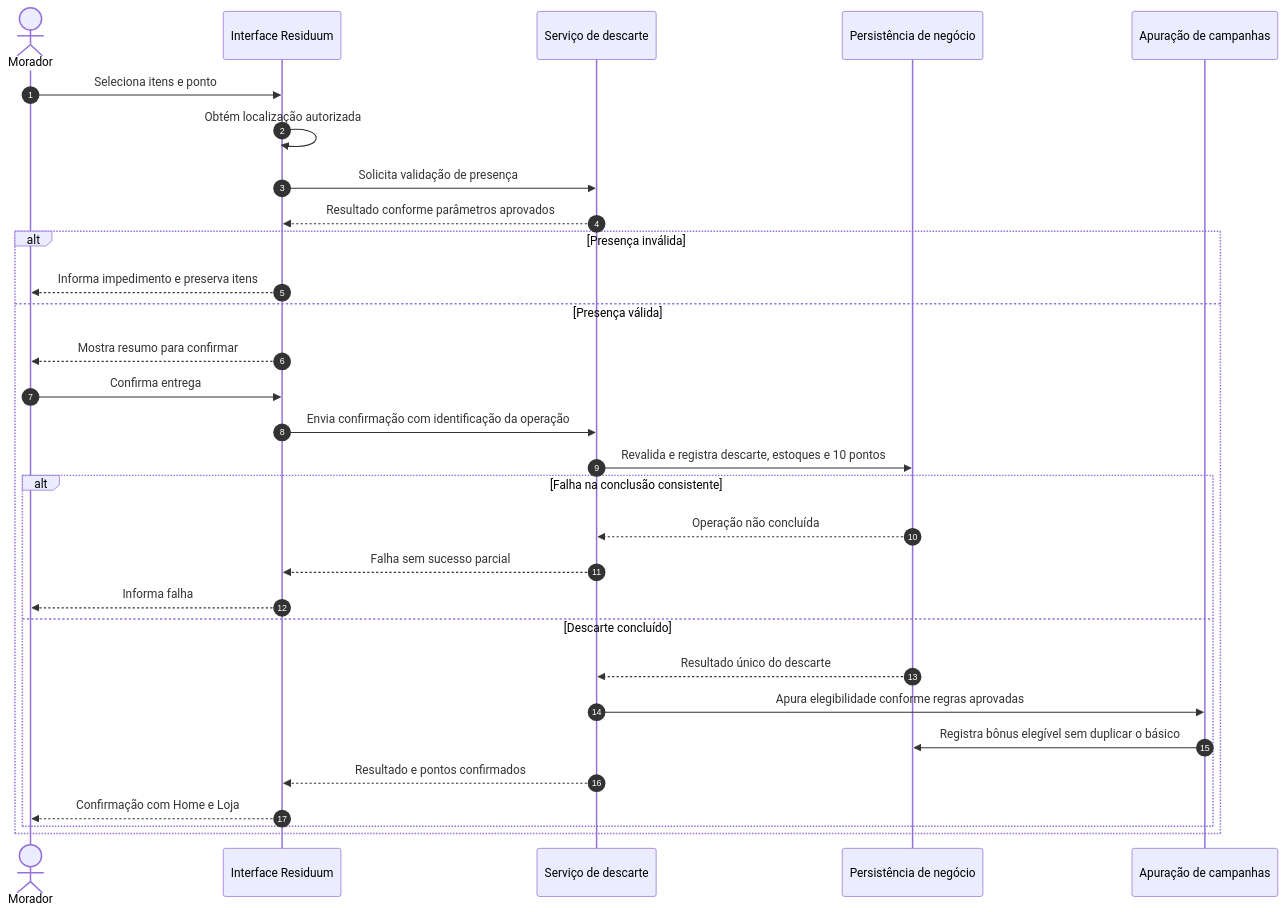
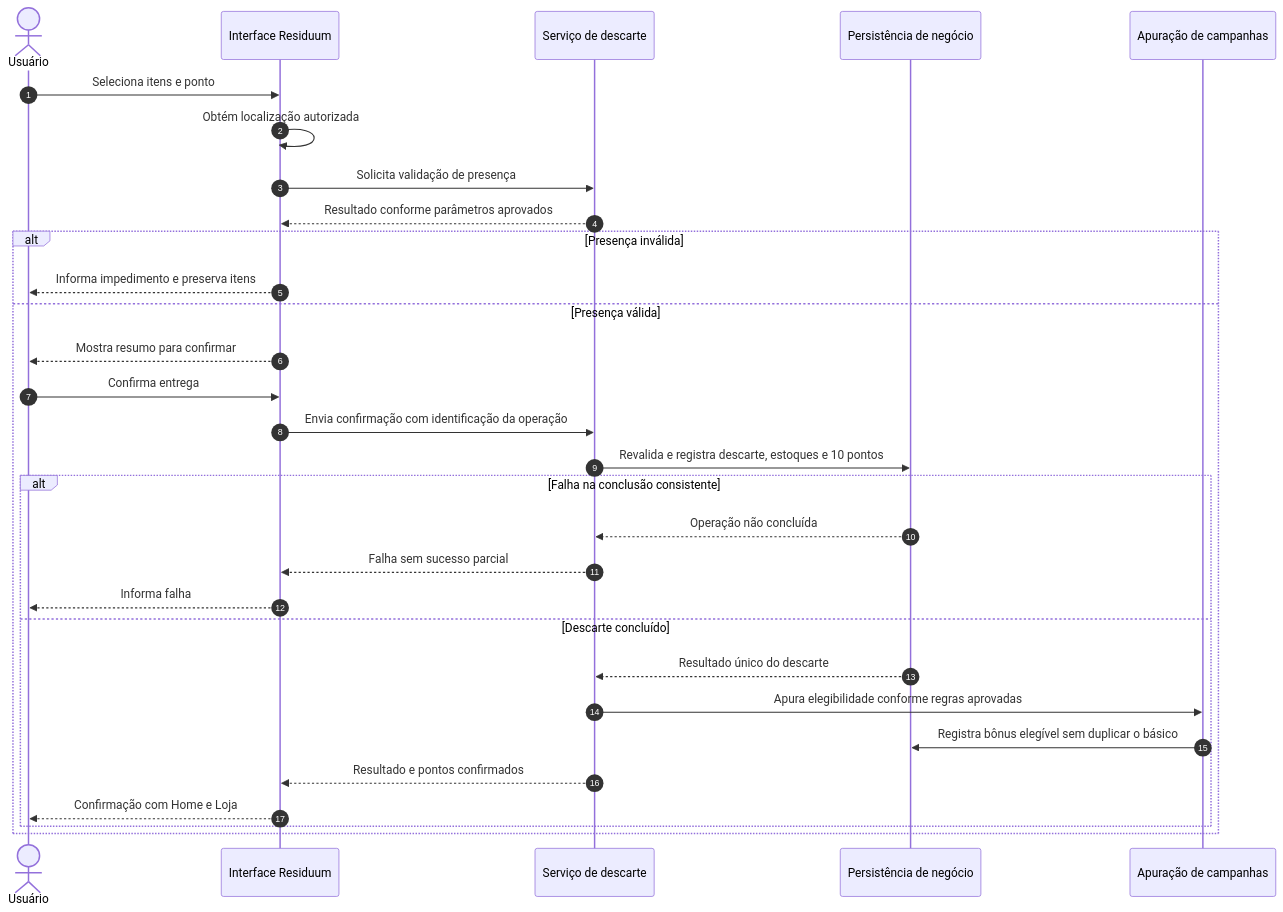
The diagram in docs/01-planejamento/requisitos/09-dados-e-integracoes.md (Residuum-Organization/residuum-documentacao), drawn with Mermaid before and after one commit. The commit also changed other lines of this file and 101 other files, not shown here.

First line of the commit message:
docs: troca "morador" por "usuário" em todos os documentos

````diff
--- a/docs/01-planejamento/requisitos/09-dados-e-integracoes.md
+++ b/docs/01-planejamento/requisitos/09-dados-e-integracoes.md
@@ -48,32 +48,32 @@
 ```mermaid
 sequenceDiagram
     autonumber
-    actor Morador
+    actor Usuario as Usuário
     participant Interface as Interface Residuum
     participant Servico as Serviço de descarte
     participant Dados as Persistência de negócio
     participant Bonus as Apuração de campanhas
-    Morador->>Interface: Seleciona itens e ponto
+    Usuario->>Interface: Seleciona itens e ponto
     Interface->>Interface: Obtém localização autorizada
     Interface->>Servico: Solicita validação de presença
     Servico-->>Interface: Resultado conforme parâmetros aprovados
     alt Presença inválida
-        Interface-->>Morador: Informa impedimento e preserva itens
+        Interface-->>Usuario: Informa impedimento e preserva itens
     else Presença válida
-        Interface-->>Morador: Mostra resumo para confirmar
-        Morador->>Interface: Confirma entrega
+        Interface-->>Usuario: Mostra resumo para confirmar
+        Usuario->>Interface: Confirma entrega
         Interface->>Servico: Envia confirmação com identificação da operação
         Servico->>Dados: Revalida e registra descarte, estoques e 10 pontos
         alt Falha na conclusão consistente
             Dados-->>Servico: Operação não concluída
             Servico-->>Interface: Falha sem sucesso parcial
-            Interface-->>Morador: Informa falha
+            Interface-->>Usuario: Informa falha
         else Descarte concluído
             Dados-->>Servico: Resultado único do descarte
             Servico->>Bonus: Apura elegibilidade conforme regras aprovadas
             Bonus->>Dados: Registra bônus elegível sem duplicar o básico
             Servico-->>Interface: Resultado e pontos confirmados
-            Interface-->>Morador: Confirmação com Home e Loja
+            Interface-->>Usuario: Confirmação com Home e Loja
         end
     end
 ```
````
